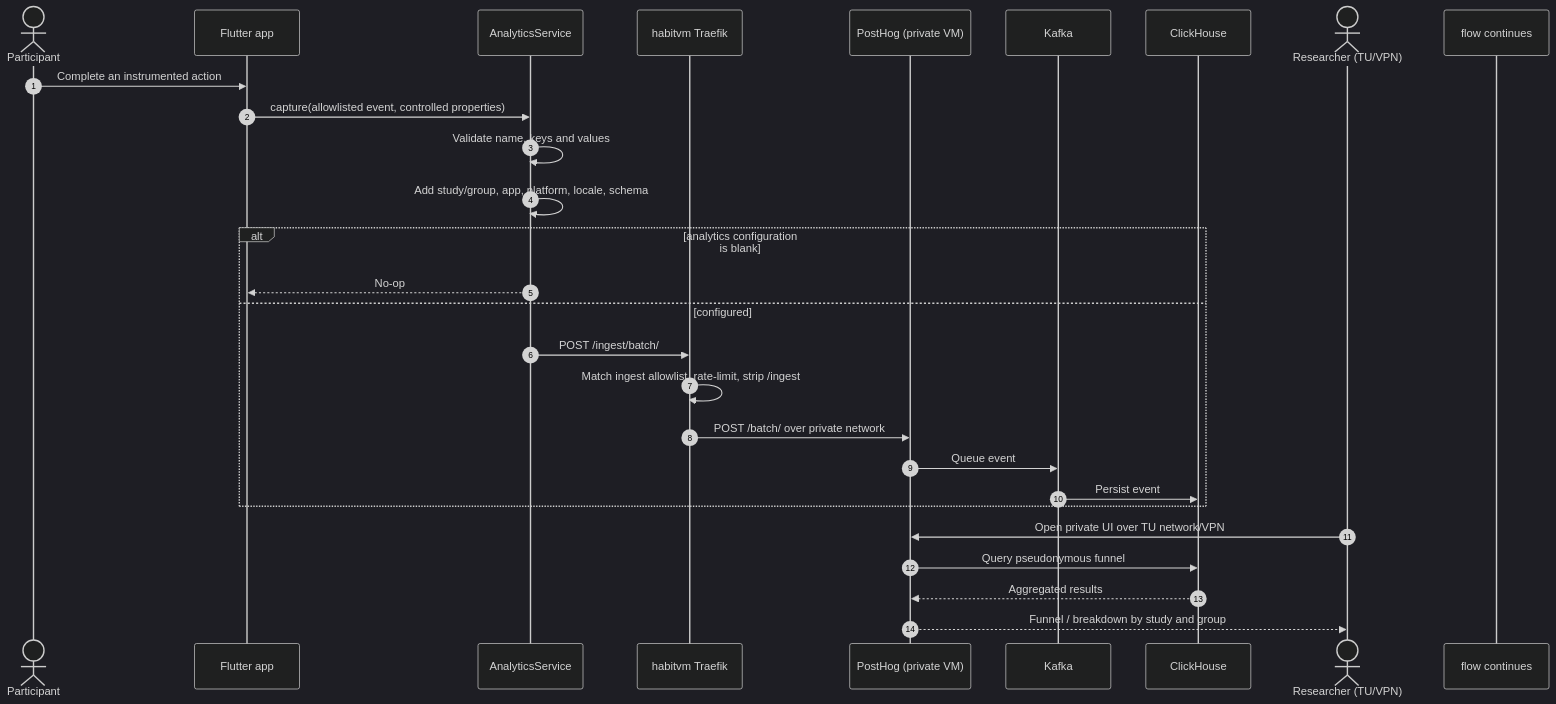
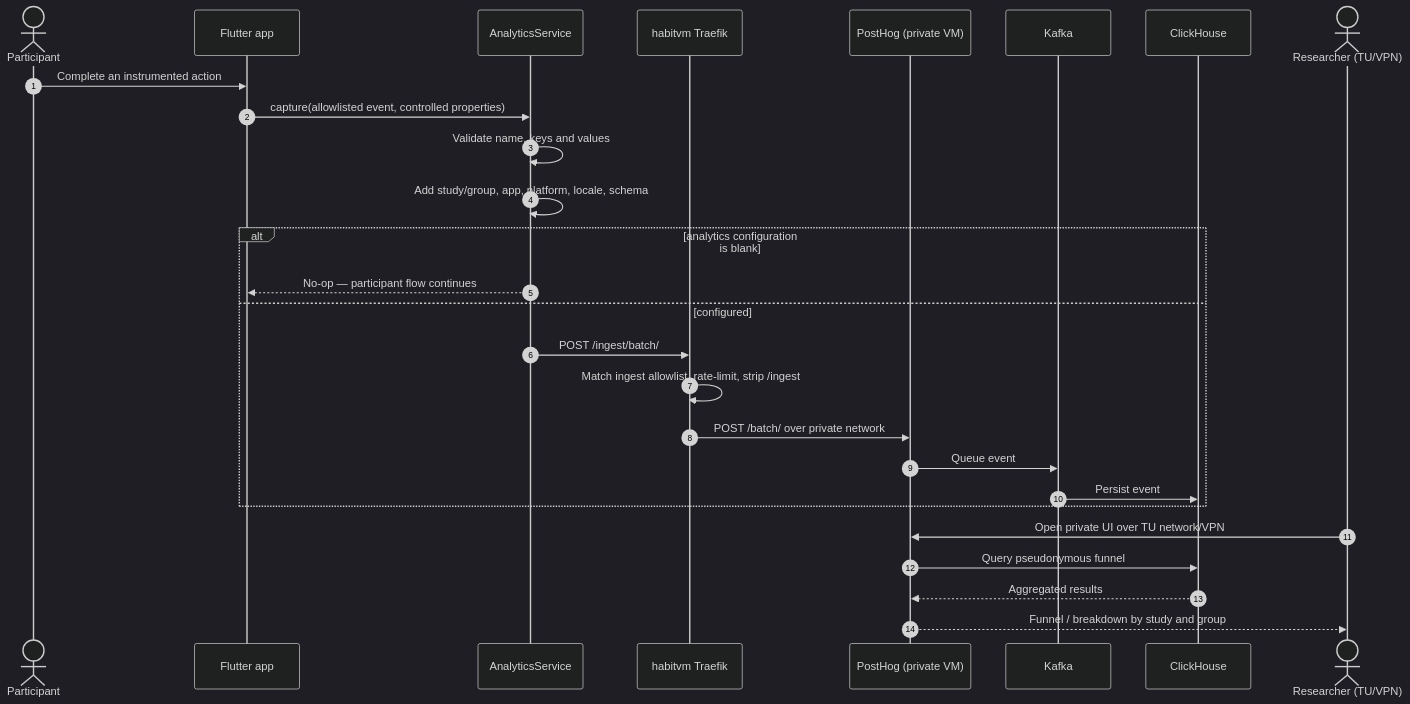
One commit to Bulgy404/health-habit-hub changed the diagram in docs/diagrams/sequences/UC-48-explore-product-analytics.mmd. Above: the diagram before and after it, drawn with Mermaid (dark theme).

Commit message:
fix(docs): un-renumbered UC-40/41 analytics diagram had an unrenderable semicolon
Rebasing the PostHog monitoring commit onto feature/identity surfaced this:
identity already owns UC-40–UC-47, so the two analytics use cases (previously
UC-40/UC-41 on the old monitoring branch) are renumbered to UC-48/UC-49 across
the overview table, the PlantUML diagram (duplicate UC40/UC41 aliases would
otherwise silently point at the wrong use case), and the sequence-diagram
filenames. Renaming the file also ran it through checkDiagrams.mjs for the
first time, which caught a ';' in an arrow message — a statement separator to
Mermaid, so the diagram was unrenderable — same class of bug the check was
originally written to catch.

```diff
--- a/docs/diagrams/sequences/UC-48-explore-product-analytics.mmd
+++ b/docs/diagrams/sequences/UC-48-explore-product-analytics.mmd
@@ -1,31 +1,31 @@
 %% UC-48 — Explore product analytics
 %% Sources: mobile/lib/analytics/, app/services/productAnalyticsService.js,
 %% monitoring/render-traefik.sh + monitoring/traefik/*.tmpl, analytics-vm/
 sequenceDiagram
     autonumber
     actor P as Participant
     participant M as Flutter app
     participant A as AnalyticsService
     participant T as habitvm Traefik
     participant PH as PostHog (private VM)
     participant K as Kafka
     participant CH as ClickHouse
     actor R as Researcher (TU/VPN)
 
     P->>M: Complete an instrumented action
     M->>A: capture(allowlisted event, controlled properties)
     A->>A: Validate name, keys and values
     A->>A: Add study/group, app, platform, locale, schema
     alt analytics configuration is blank
-        A-->>M: No-op; participant flow continues
+        A-->>M: No-op — participant flow continues
     else configured
         A->>T: POST /ingest/batch/
         T->>T: Match ingest allowlist, rate-limit, strip /ingest
         T->>PH: POST /batch/ over private network
         PH->>K: Queue event
         K->>CH: Persist event
     end
     R->>PH: Open private UI over TU network/VPN
     PH->>CH: Query pseudonymous funnel
     CH-->>PH: Aggregated results
     PH-->>R: Funnel / breakdown by study and group
```
